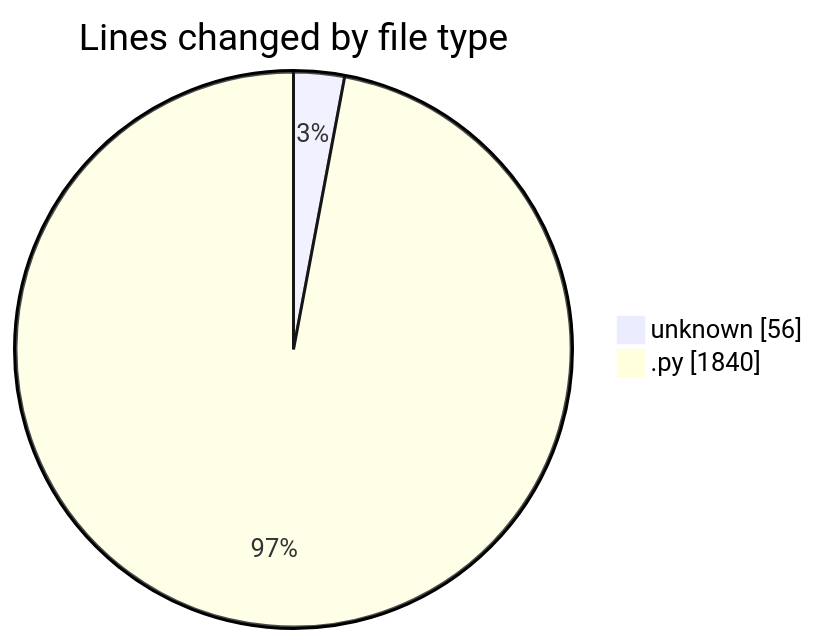
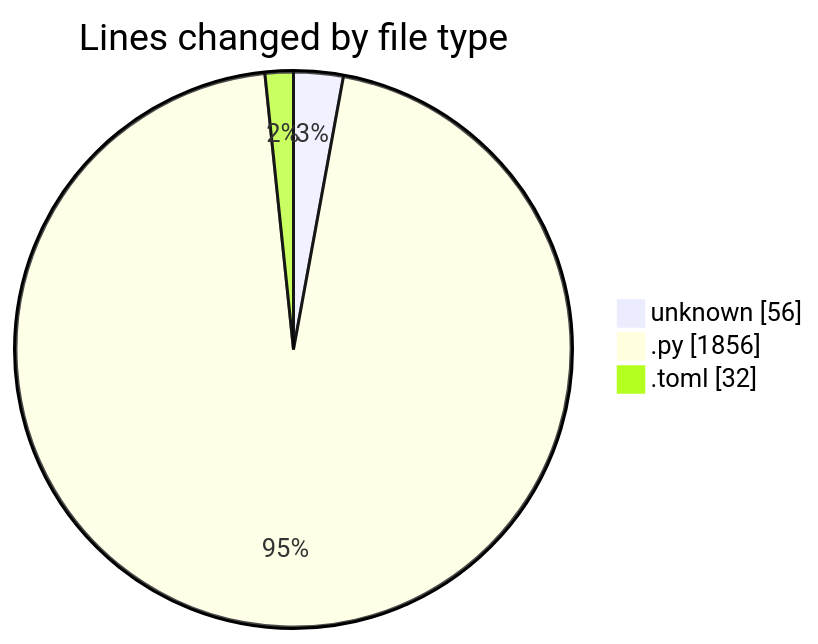
The first of 2 diagrams in 2025-11-26/eventscop-api-guide__workspace_/README.md (julien-gomy/code-tracking), drawn with Mermaid before and after one commit. The commit also changed other lines of this file and 1 other file, not shown here.

````diff
--- a/2025-11-26/eventscop-api-guide__workspace_/README.md
+++ b/2025-11-26/eventscop-api-guide__workspace_/README.md
@@ -25,6 +26,7 @@
 ```mermaid
 pie showData
 title Lines changed by file type
 "unknown" : 56
-".py" : 1840
+".py" : 1856
+".toml" : 32
 ```
````
